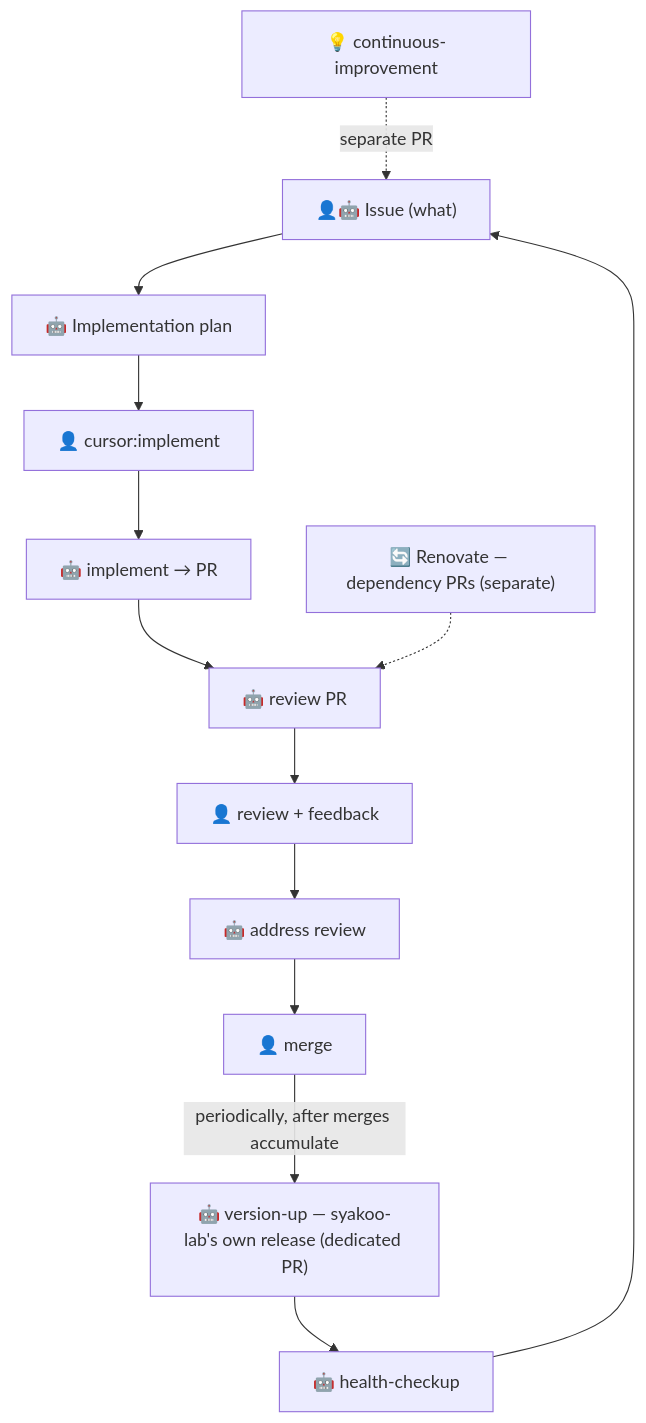
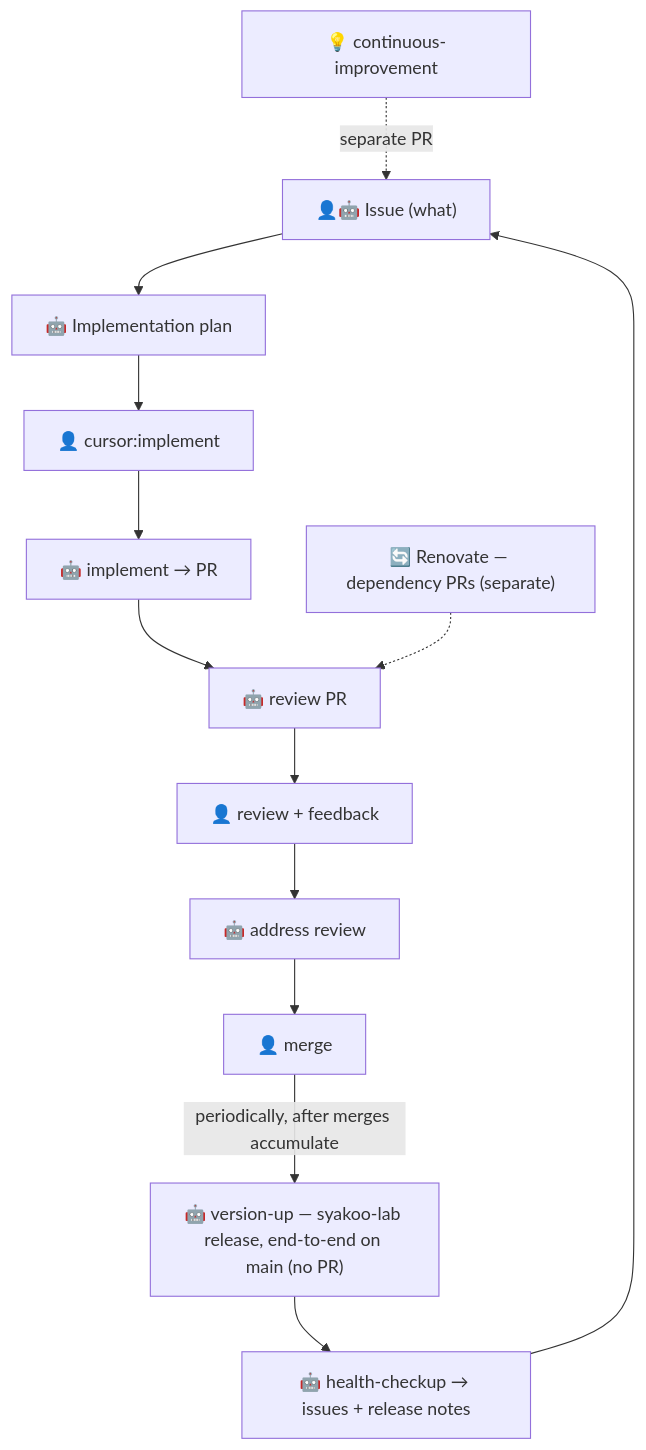
One commit to syakoo/syakoo-lab changed the diagram in .cursor/rules/ai-workflow.mdc. Above: the diagram before and after it, drawn with Mermaid. The commit also changed other lines of this file and 2 other files, not shown here.

First line of the commit message:
docs(version-up): address PR review — align workflow rule and harden snippet

````diff
--- a/.cursor/rules/ai-workflow.mdc
+++ b/.cursor/rules/ai-workflow.mdc
@@ -21,15 +21,15 @@
 ```mermaid
 flowchart TD
   A["👤🤖 Issue (what)"] --> B["🤖 Implementation plan"]
   B --> C["👤 cursor:implement"]
   C --> D["🤖 implement → PR"]
   D --> E["🤖 review PR"]
   E --> F["👤 review + feedback"]
   F --> G["🤖 address review"]
   G --> H["👤 merge"]
-  H -->|periodically, after merges accumulate| I["🤖 version-up — syakoo-lab's own release (dedicated PR)"]
-  I --> J["🤖 health-checkup"]
+  H -->|periodically, after merges accumulate| I["🤖 version-up — syakoo-lab release, end-to-end on main (no PR)"]
+  I --> J["🤖 health-checkup → issues + release notes"]
   J --> A
   L["💡 continuous-improvement"] -.separate PR.-> A
   R["🔄 Renovate — dependency PRs (separate)"] -.-> E
 ```
````
